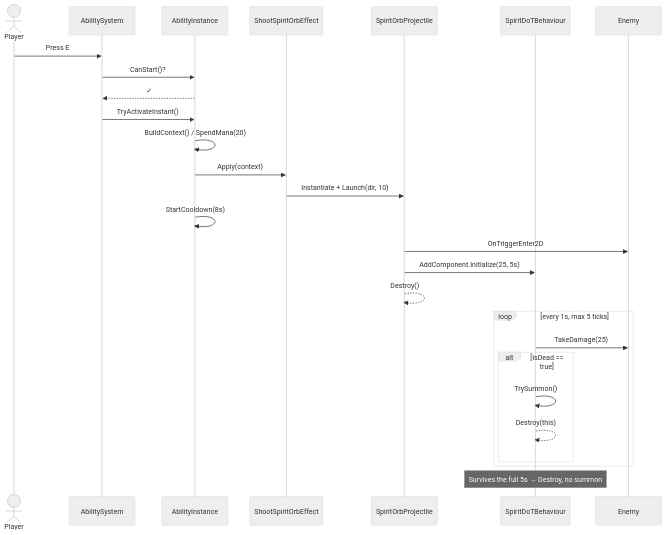
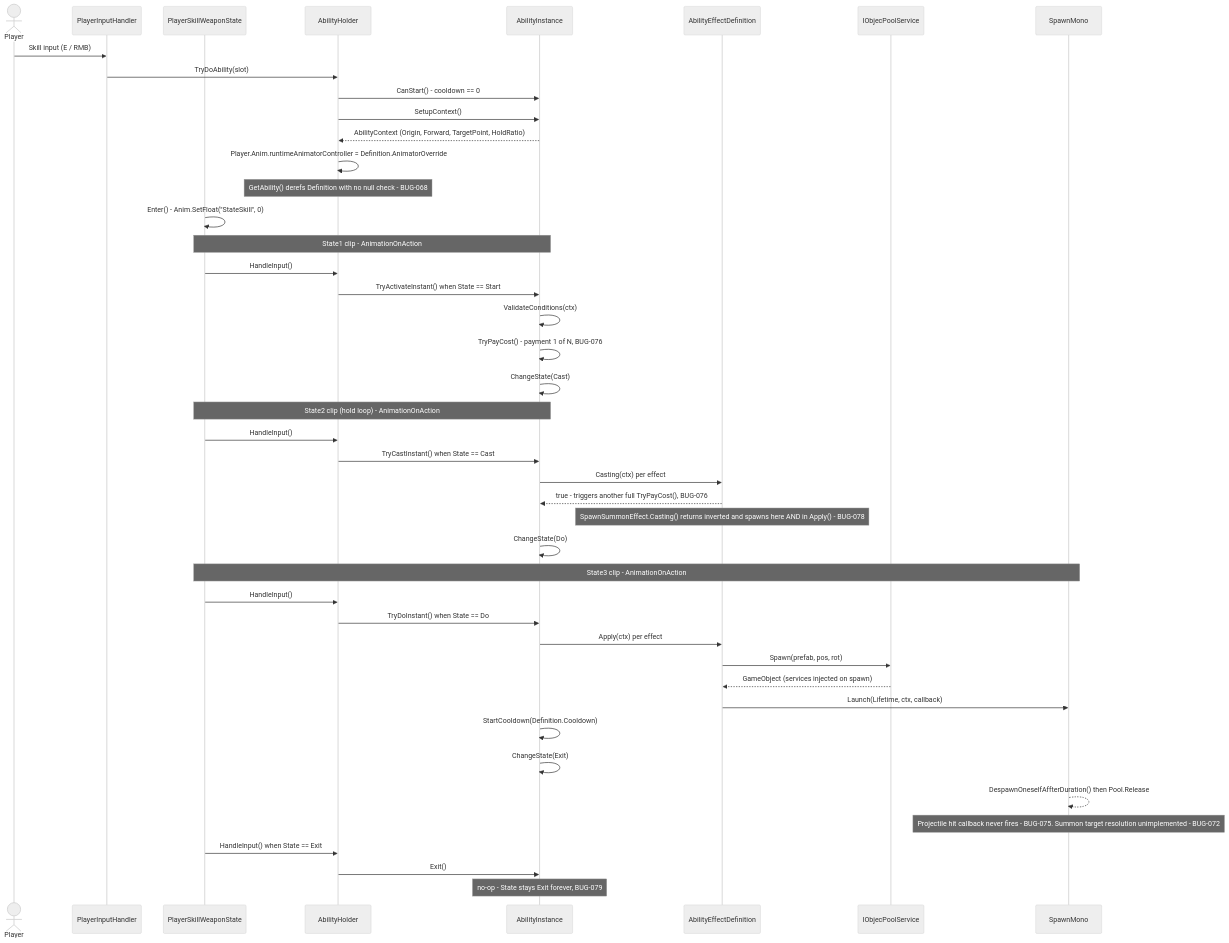
Before and after one commit to kay6198835/Game-RPG: the second of 5 diagrams in docs/diagrams/ability-system-diagrams.md, drawn with Mermaid (neutral theme). The commit also changed other lines of this file and 182 other files, not shown here.

Commit message:
update doc for ability system, update 1-7 dir animation clip, done animation for ability consecrae

````diff
--- a/docs/diagrams/ability-system-diagrams.md
+++ b/docs/diagrams/ability-system-diagrams.md
@@ -106,32 +175,53 @@
 ```mermaid
 sequenceDiagram
     actor P as Player
-    participant AS as AbilitySystem
+    participant PIH as PlayerInputHandler
+    participant SM as PlayerSkillWeaponState
+    participant AH as AbilityHolder
     participant AI as AbilityInstance
-    participant EFF as ShootSpiritOrbEffect
-    participant ORB as SpiritOrbProjectile
-    participant DOT as SpiritDoTBehaviour
-    participant E as Enemy
+    participant EFF as AbilityEffectDefinition
+    participant POOL as IObjecPoolService
+    participant OBJ as SpawnMono
 
-    P->>AS: Press E
-    AS->>AI: CanStart()?
-    AI-->>AS: ✓
-    AS->>AI: TryActivateInstant()
-    AI->>AI: BuildContext() / SpendMana(20)
-    AI->>EFF: Apply(context)
-    EFF->>ORB: Instantiate + Launch(dir, 10)
-    AI->>AI: StartCooldown(8s)
+    P->>PIH: Skill input (E / RMB)
+    PIH->>AH: TryDoAbility(slot)
+    AH->>AI: CanStart() - cooldown == 0
+    AH->>AI: SetupContext()
+    AI-->>AH: AbilityContext (Origin, Forward, TargetPoint, HoldRatio)
+    AH->>AH: Player.Anim.runtimeAnimatorController = Definition.AnimatorOverride
+    Note over AH: GetAbility() derefs Definition with no null check - BUG-068
 
-    ORB->>E: OnTriggerEnter2D
-    ORB->>DOT: AddComponent.Initialize(25, 5s)
-    ORB-->>ORB: Destroy()
+    SM->>SM: Enter() - Anim.SetFloat("StateSkill", 0)
 
-    loop every 1s, max 5 ticks
-        DOT->>E: TakeDamage(25)
-        alt IsDead == true
-            DOT->>DOT: TrySummon()
-            DOT-->>DOT: Destroy(this)
-        end
-    end
-    Note over DOT: Survives the full 5s → Destroy, no summon
+    Note over SM,AI: State1 clip - AnimationOnAction
+    SM->>AH: HandleInput()
+    AH->>AI: TryActivateInstant() when State == Start
+    AI->>AI: ValidateConditions(ctx)
+    AI->>AI: TryPayCost() - payment 1 of N, BUG-076
+    AI->>AI: ChangeState(Cast)
+
+    Note over SM,AI: State2 clip (hold loop) - AnimationOnAction
+    SM->>AH: HandleInput()
+    AH->>AI: TryCastInstant() when State == Cast
+    AI->>EFF: Casting(ctx) per effect
+    EFF-->>AI: true - triggers another full TryPayCost(), BUG-076
+    Note over EFF: SpawnSummonEffect.Casting() returns inverted and spawns here AND in Apply() - BUG-078
+    AI->>AI: ChangeState(Do)
+
+    Note over SM,OBJ: State3 clip - AnimationOnAction
+    SM->>AH: HandleInput()
+    AH->>AI: TryDoInstant() when State == Do
+    AI->>EFF: Apply(ctx) per effect
+    EFF->>POOL: Spawn(prefab, pos, rot)
+    POOL-->>EFF: GameObject (services injected on spawn)
+    EFF->>OBJ: Launch(Lifetime, ctx, callback)
+    AI->>AI: StartCooldown(Definition.Cooldown)
+    AI->>AI: ChangeState(Exit)
+
+    OBJ-->>OBJ: DespawnOneselfAffterDuration() then Pool.Release
+    Note over OBJ: Projectile hit callback never fires - BUG-075. Summon target resolution unimplemented - BUG-072
+
+    SM->>AH: HandleInput() when State == Exit
+    AH->>AI: Exit()
+    Note over AI: no-op - State stays Exit forever, BUG-079
 ```
````
